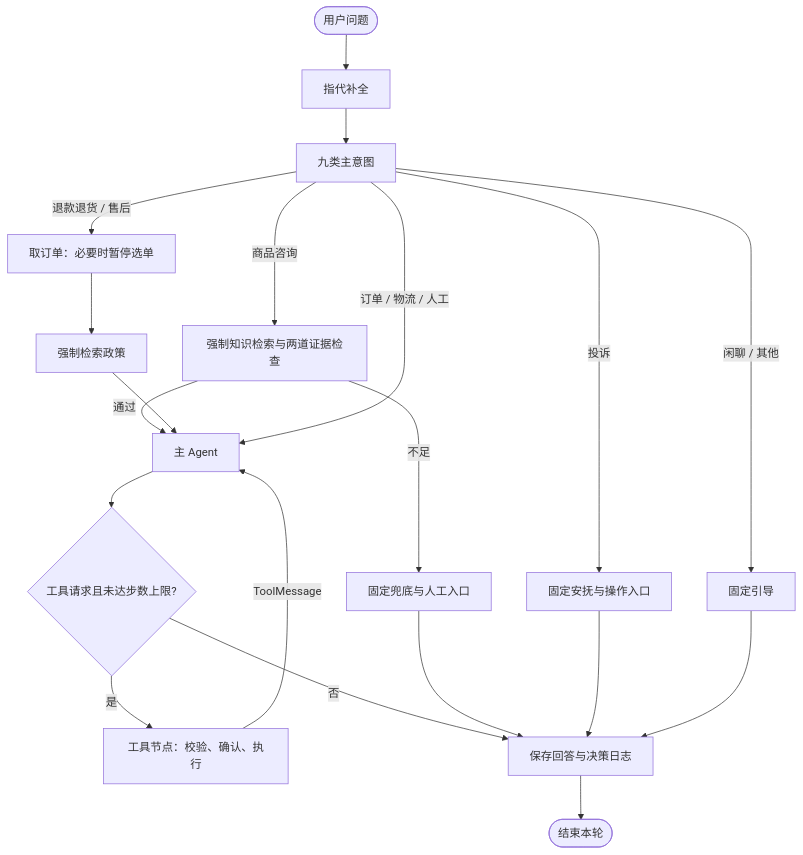
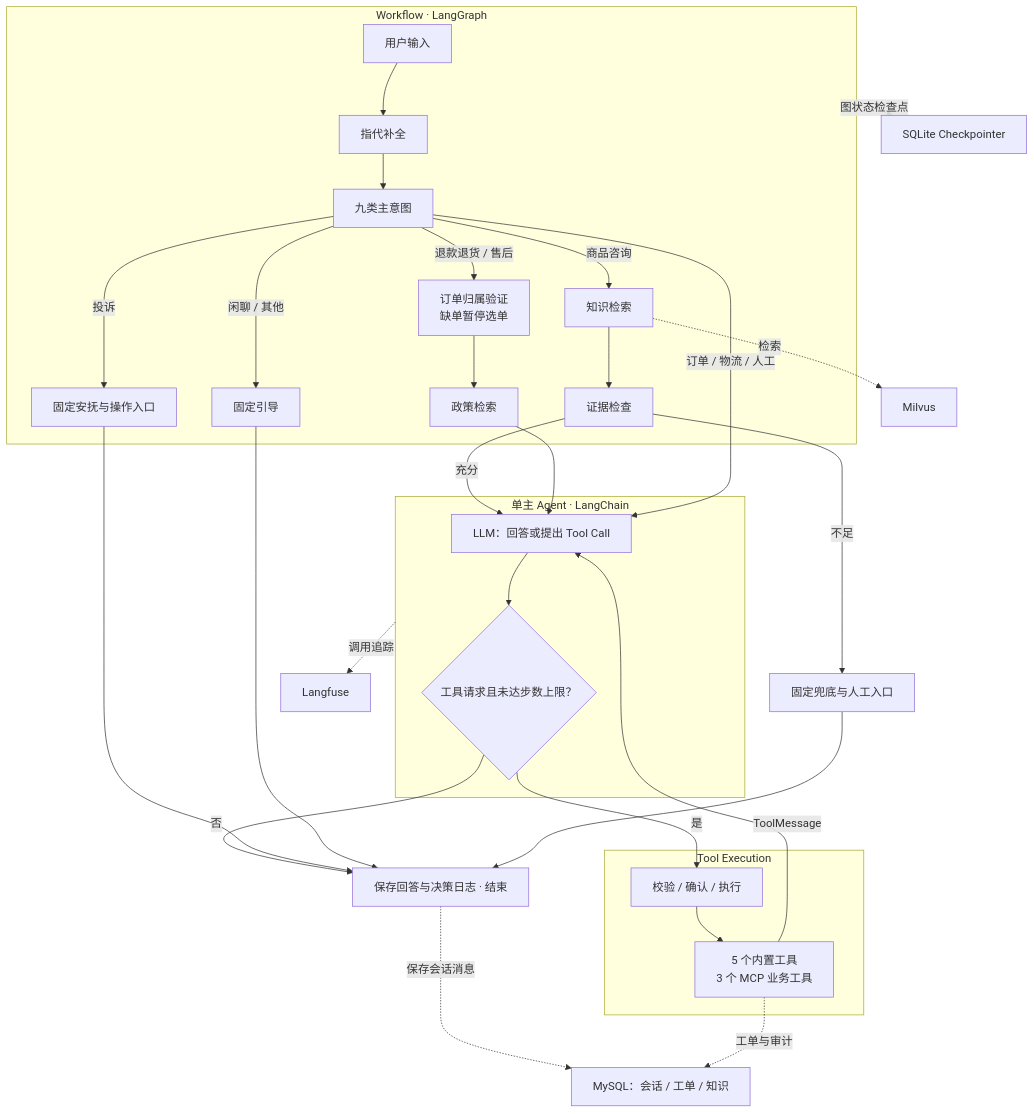
Before and after one commit to Orange-ui0811/caremate: the diagram in README.md, drawn with Mermaid. The commit also changed other lines of this file, not shown here.

````diff
--- a/README.md
+++ b/README.md
@@ -42,20 +23,33 @@
 ```mermaid
-flowchart TD
-    Q([用户问题]) --> R[指代补全] --> I[九类主意图]
-    I -->|商品咨询| K[强制知识检索与两道证据检查]
-    K -->|通过| A[主 Agent]
-    K -->|不足| F[固定兜底与人工入口]
-    I -->|退款退货 / 售后| O[取订单：必要时暂停选单]
-    O --> P[强制检索政策] --> A
+flowchart TB
+    subgraph WF["Workflow · LangGraph"]
+        Q["用户输入"] --> R["指代补全"] --> I["九类主意图"]
+        I -->|商品咨询| K["知识检索"]
+        K --> G["证据检查"]
+        I -->|退款退货 / 售后| O["订单归属验证<br/>缺单暂停选单"]
+        O --> P["政策检索"]
+        I -->|投诉| C["固定安抚与操作入口"]
+        I -->|闲聊 / 其他| S["固定引导"]
+    end
+    subgraph AG["单主 Agent · LangChain"]
+        A["LLM：回答或提出 Tool Call"] --> D{"工具请求且未达步数上限？"}
+    end
+    subgraph EX["Tool Execution"]
+        X["校验 / 确认 / 执行"] --> T["5 个内置工具<br/>3 个 MCP 业务工具"]
+    end
+    G -->|充分| A
+    G -->|不足| F["固定兜底与人工入口"]
+    P --> A
     I -->|订单 / 物流 / 人工| A
-    I -->|投诉| C[固定安抚与操作入口]
-    I -->|闲聊 / 其他| S[固定引导]
-    A --> D{工具请求且未达步数上限?}
-    D -->|是| T[工具节点：校验、确认、执行]
+    D -->|是| X
     T -->|ToolMessage| A
-    D -->|否| L[保存回答与决策日志]
-    F --> L
+    D -->|否| L["保存回答与决策日志 · 结束"]
     C --> L
     S --> L
-    L --> E([结束本轮])
+    F --> L
+    K -.检索.-> MV["Milvus"]
+    L -.保存会话消息.-> DB["MySQL：会话 / 工单 / 知识"]
+    T -.工单与审计.-> DB
+    WF -.图状态检查点.-> CP["SQLite Checkpointer"]
+    AG -.调用追踪.-> LF["Langfuse"]
 ```
````
